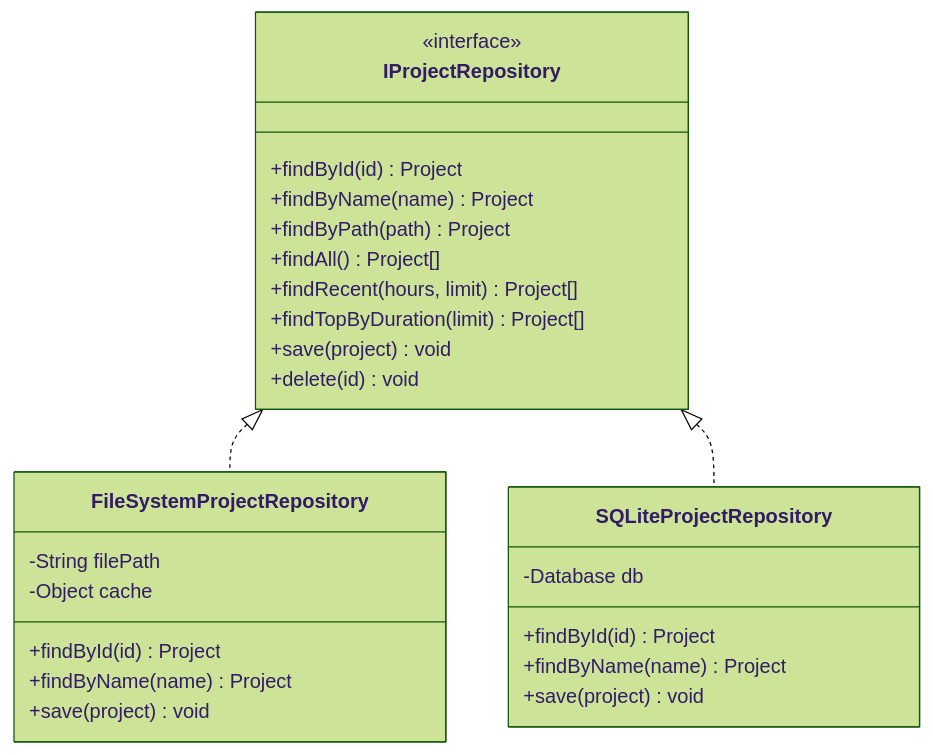
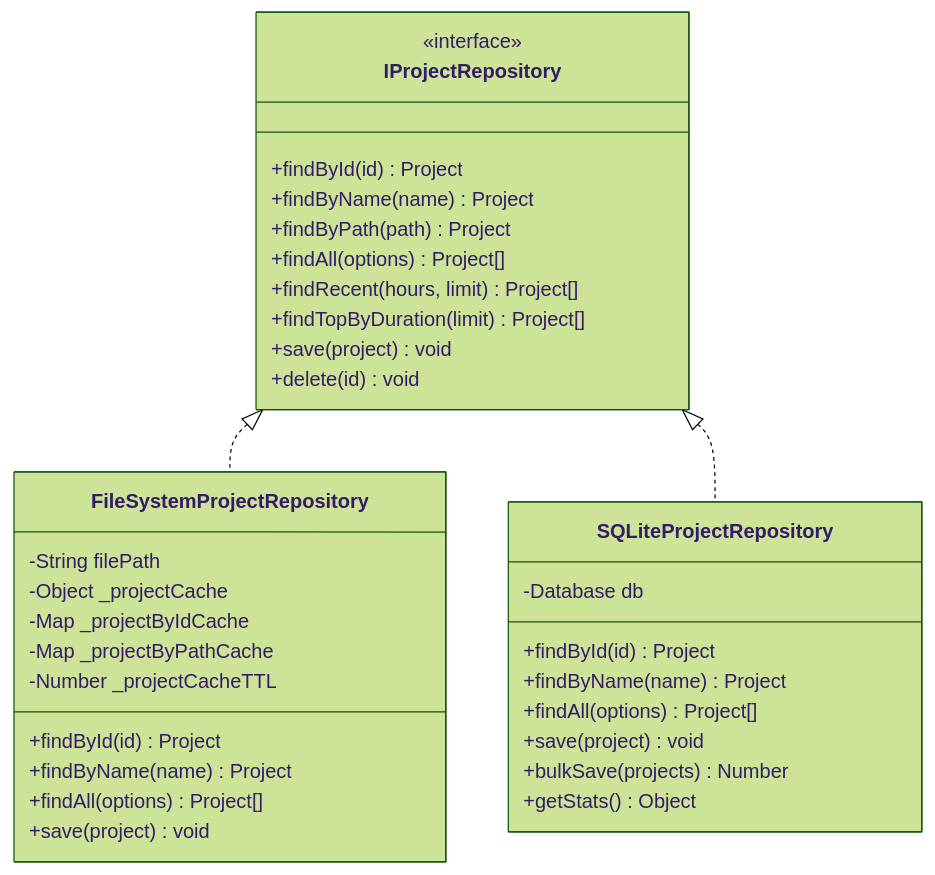
Before and after one commit to Data-Wise/atlas: the seventh of 11 diagrams in docs/ARCHITECTURE.md, drawn with Mermaid (forest theme). The commit also changed other lines of this file and 2 other files, not shown here.

First line of the commit message:
docs: update documentation for v0.5.6 architecture

````diff
--- a/docs/ARCHITECTURE.md
+++ b/docs/ARCHITECTURE.md
@@ -359,32 +371,39 @@
 ```mermaid
 classDiagram
     class IProjectRepository {
         <<interface>>
         +findById(id) Project
         +findByName(name) Project
         +findByPath(path) Project
-        +findAll() Project[]
+        +findAll(options) Project[]
         +findRecent(hours, limit) Project[]
         +findTopByDuration(limit) Project[]
         +save(project) void
         +delete(id) void
     }
 
     class FileSystemProjectRepository {
         -String filePath
-        -Object cache
+        -Object _projectCache
+        -Map _projectByIdCache
+        -Map _projectByPathCache
+        -Number _projectCacheTTL
         +findById(id) Project
         +findByName(name) Project
+        +findAll(options) Project[]
         +save(project) void
     }
 
     class SQLiteProjectRepository {
         -Database db
         +findById(id) Project
         +findByName(name) Project
+        +findAll(options) Project[]
         +save(project) void
+        +bulkSave(projects) Number
+        +getStats() Object
     }
 
     IProjectRepository <|.. FileSystemProjectRepository
     IProjectRepository <|.. SQLiteProjectRepository
 ```
````
